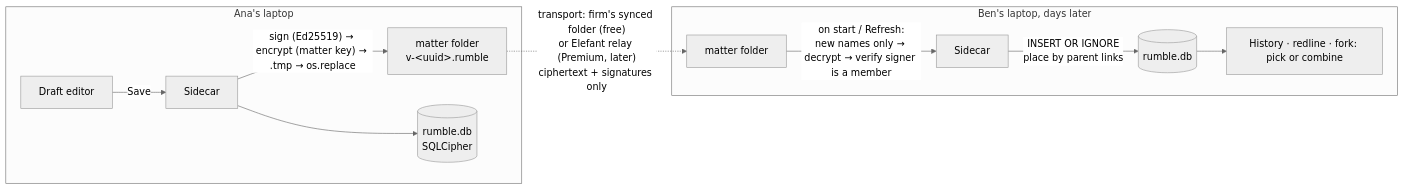
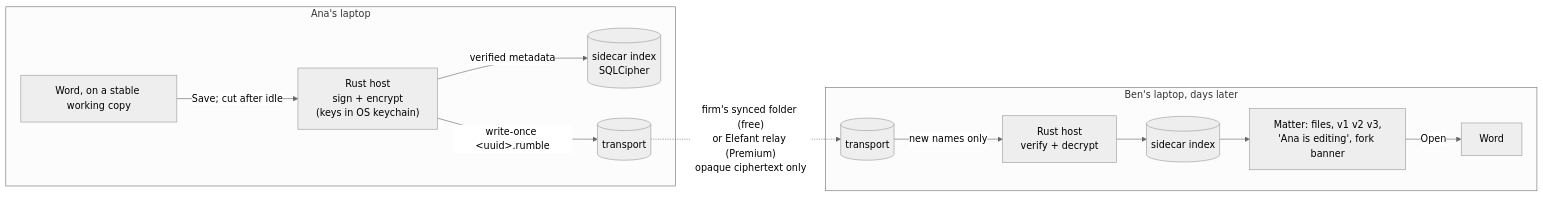
One commit to elegantelefant/rumble changed the diagram in agent_docs/2026-11-17-team-sync-plan.md. Above: the diagram before and after it, drawn with Mermaid (neutral theme). The commit also changed other lines of this file, not shown here.

Commit message:
docs(sync): any-file matters, Word-native forks, age+ed25519 host crypto, relay (Refs #21)

````diff
--- a/agent_docs/2026-11-17-team-sync-plan.md
+++ b/agent_docs/2026-11-17-team-sync-plan.md
@@ -159,14 +161,15 @@
 ```mermaid
 flowchart LR
   subgraph A["Ana's laptop"]
-    A_ED[Draft editor] -->|Save| A_SC[Sidecar]
-    A_SC -->|"sign (Ed25519) → encrypt (matter key) → .tmp → os.replace"| A_F["matter folder<br/>v-&lt;uuid&gt;.rumble"]
-    A_SC --> A_DB[(rumble.db<br/>SQLCipher)]
+    W1["Word, on a stable working copy"] -->|"Save; cut after idle"| H1["Rust host<br/>sign + encrypt<br/>(keys in OS keychain)"]
+    H1 -->|verified metadata| S1[(sidecar index<br/>SQLCipher)]
+    H1 -->|"write-once &lt;uuid&gt;.rumble"| T1[(transport)]
   end
-  A_F -. "transport: firm's synced folder (free)<br/>or Elefant relay (Premium, later)<br/>ciphertext + signatures only" .-> B_F
+  T1 -. "firm's synced folder (free)<br/>or Elefant relay (Premium)<br/>opaque ciphertext only" .-> T2
   subgraph B["Ben's laptop, days later"]
-    B_F["matter folder"] -->|"on start / Refresh:<br/>new names only → decrypt → verify signer is a member"| B_SC[Sidecar]
-    B_SC -->|"INSERT OR IGNORE<br/>place by parent links"| B_DB[(rumble.db)]
-    B_DB --> B_UI["History · redline · fork: pick or combine"]
+    T2[(transport)] -->|"new names only"| H2["Rust host<br/>verify + decrypt"]
+    H2 --> S2[(sidecar index)]
+    S2 --> UI["Matter: files, v1 v2 v3,<br/>'Ana is editing', fork banner"]
+    UI -->|Open| W2[Word]
   end
 ```
````
